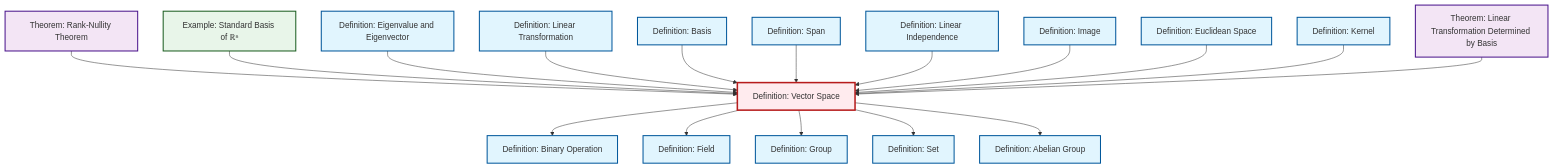
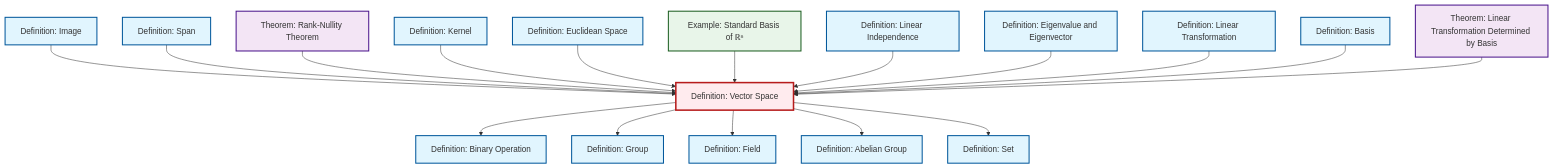
Before and after one commit to RK0429/ModernMath: the diagram in content/en/algebra/def-vector-space.qmd, drawn with Mermaid. The commit also changed other lines of this file and 491 other files, not shown here.

````diff
--- a/content/en/algebra/def-vector-space.qmd
+++ b/content/en/algebra/def-vector-space.qmd
@@ -51,59 +51,59 @@
 ```{mermaid}
 %%| fig-cap: "Local dependency graph"
 graph TD
     classDef definition fill:#e1f5fe,stroke:#01579b,stroke-width:2px
     classDef theorem fill:#f3e5f5,stroke:#4a148c,stroke-width:2px
     classDef axiom fill:#fff3e0,stroke:#e65100,stroke-width:2px
     classDef example fill:#e8f5e9,stroke:#1b5e20,stroke-width:2px
     classDef current fill:#ffebee,stroke:#b71c1c,stroke-width:3px
-    def-image["Definition: Image"]:::definition
+    def-binary-operation["Definition: Binary Operation"]:::definition
+    def-abelian-group["Definition: Abelian Group"]:::definition
+    def-eigenvalue-eigenvector["Definition: Eigenvalue and Eigenvector"]:::definition
+    def-kernel["Definition: Kernel"]:::definition
+    def-field["Definition: Field"]:::definition
+    def-group["Definition: Group"]:::definition
+    def-linear-independence["Definition: Linear Independence"]:::definition
     def-basis["Definition: Basis"]:::definition
+    def-linear-transformation["Definition: Linear Transformation"]:::definition
+    def-vector-space["Definition: Vector Space"]:::definition
+    ex-standard-basis-rn["Example: Standard Basis of ℝⁿ"]:::example
+    thm-rank-nullity["Theorem: Rank-Nullity Theorem"]:::theorem
     def-set["Definition: Set"]:::definition
-    def-linear-transformation["Definition: Linear Transformation"]:::definition
-    ex-standard-basis-rn["Example: Standard Basis of ℝⁿ"]:::example
-    def-kernel["Definition: Kernel"]:::definition
-    def-group["Definition: Group"]:::definition
-    def-span["Definition: Span"]:::definition
     thm-linear-transformation-basis["Theorem: Linear Transformation Determined by Basis"]:::theorem
     def-euclidean-space["Definition: Euclidean Space"]:::definition
-    def-binary-operation["Definition: Binary Operation"]:::definition
-    def-abelian-group["Definition: Abelian Group"]:::definition
-    def-field["Definition: Field"]:::definition
-    def-linear-independence["Definition: Linear Independence"]:::definition
-    thm-rank-nullity["Theorem: Rank-Nullity Theorem"]:::theorem
-    def-eigenvalue-eigenvector["Definition: Eigenvalue and Eigenvector"]:::definition
-    def-vector-space["Definition: Vector Space"]:::definition
+    def-image["Definition: Image"]:::definition
+    def-span["Definition: Span"]:::definition
+    def-image --> def-vector-space
+    def-vector-space --> def-binary-operation
+    def-span --> def-vector-space
+    def-vector-space --> def-group
     thm-rank-nullity --> def-vector-space
-    def-vector-space --> def-binary-operation
+    def-kernel --> def-vector-space
+    def-euclidean-space --> def-vector-space
+    def-vector-space --> def-field
     ex-standard-basis-rn --> def-vector-space
+    def-linear-independence --> def-vector-space
+    def-vector-space --> def-abelian-group
     def-eigenvalue-eigenvector --> def-vector-space
     def-linear-transformation --> def-vector-space
     def-basis --> def-vector-space
-    def-span --> def-vector-space
-    def-linear-independence --> def-vector-space
-    def-vector-space --> def-field
-    def-image --> def-vector-space
-    def-vector-space --> def-group
+    thm-linear-transformation-basis --> def-vector-space
     def-vector-space --> def-set
-    def-euclidean-space --> def-vector-space
-    def-kernel --> def-vector-space
-    def-vector-space --> def-abelian-group
-    thm-linear-transformation-basis --> def-vector-space
     class def-vector-space current
-    click def-image "def-image.html" "Go to Image definition"
+    click def-binary-operation "def-binary-operation.html" "Go to Binary Operation definition"
+    click def-abelian-group "def-abelian-group.html" "Go to Abelian Group definition"
+    click def-eigenvalue-eigenvector "def-eigenvalue-eigenvector.html" "Go to Eigenvalue and Eigenvector definition"
+    click def-kernel "def-kernel.html" "Go to Kernel definition"
+    click def-field "def-field.html" "Go to Field definition"
+    click def-group "def-group.html" "Go to Group definition"
+    click def-linear-independence "def-linear-independence.html" "Go to Linear Independence definition"
     click def-basis "def-basis.html" "Go to Basis definition"
-    click def-set "def-set.html" "Go to Set definition"
     click def-linear-transformation "def-linear-transformation.html" "Go to Linear Transformation definition"
     click ex-standard-basis-rn "ex-standard-basis-rn.html" "Go to Standard Basis of ℝⁿ example"
-    click def-kernel "def-kernel.html" "Go to Kernel definition"
-    click def-group "def-group.html" "Go to Group definition"
-    click def-span "def-span.html" "Go to Span definition"
+    click thm-rank-nullity "thm-rank-nullity.html" "Go to Rank-Nullity Theorem theorem"
+    click def-set "def-set.html" "Go to Set definition"
     click thm-linear-transformation-basis "thm-linear-transformation-basis.html" "Go to Linear Transformation Determined by Basis theorem"
     click def-euclidean-space "def-euclidean-space.html" "Go to Euclidean Space definition"
-    click def-binary-operation "def-binary-operation.html" "Go to Binary Operation definition"
-    click def-abelian-group "def-abelian-group.html" "Go to Abelian Group definition"
-    click def-field "def-field.html" "Go to Field definition"
-    click def-linear-independence "def-linear-independence.html" "Go to Linear Independence definition"
-    click thm-rank-nullity "thm-rank-nullity.html" "Go to Rank-Nullity Theorem theorem"
-    click def-eigenvalue-eigenvector "def-eigenvalue-eigenvector.html" "Go to Eigenvalue and Eigenvector definition"
+    click def-image "def-image.html" "Go to Image definition"
+    click def-span "def-span.html" "Go to Span definition"
 ```
````
